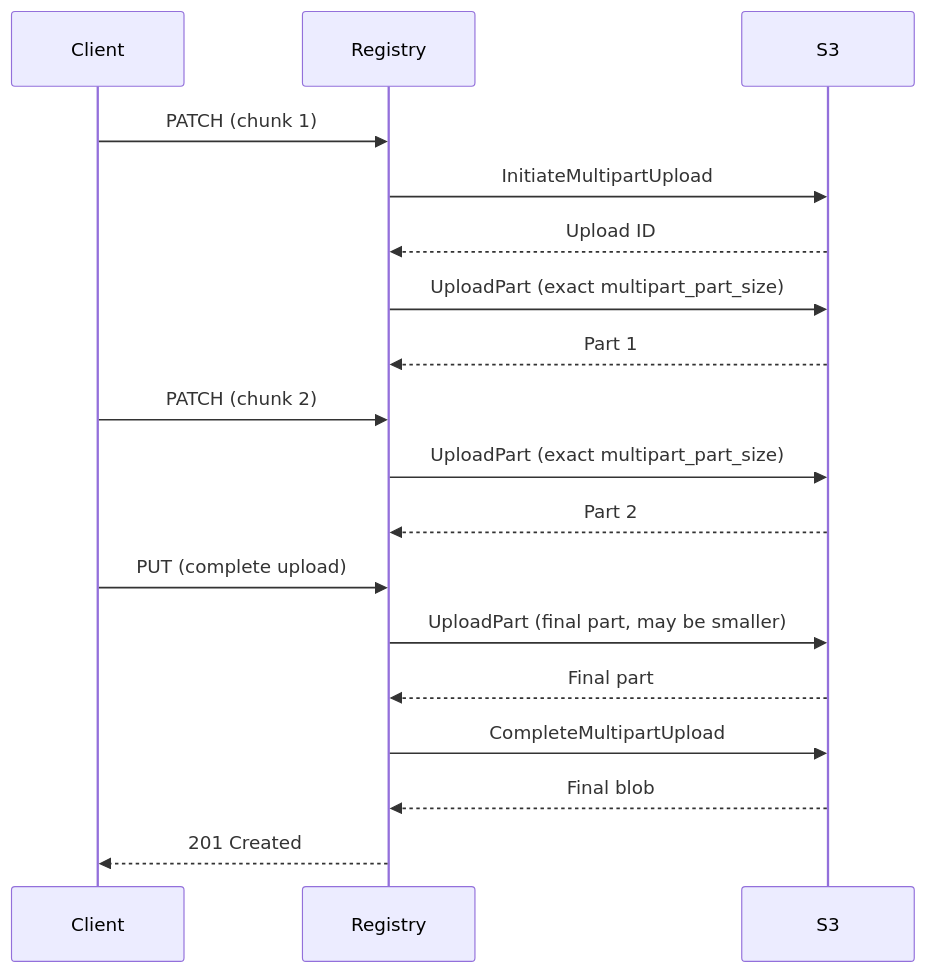
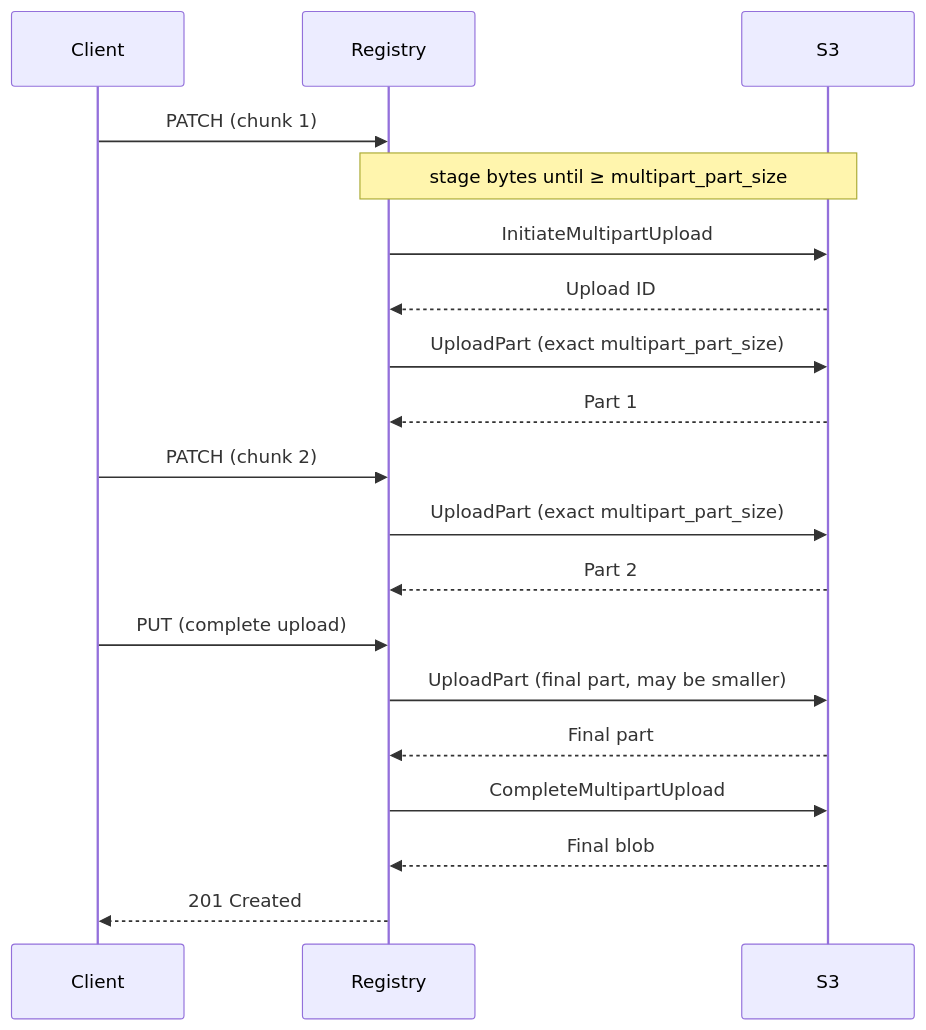
The third of 3 diagrams in doc/explanation/storage-backends.md (project-angos/angos), drawn with Mermaid before and after one commit. The commit also changed other lines of this file and 57 other files, not shown here.

````diff
--- a/doc/explanation/storage-backends.md
+++ b/doc/explanation/storage-backends.md
@@ -382,23 +382,24 @@
 ```mermaid
 sequenceDiagram
     participant Client
     participant Registry
     participant S3
 
     Client->>Registry: PATCH (chunk 1)
+    Note over Registry,S3: stage bytes until ≥ multipart_part_size
     Registry->>S3: InitiateMultipartUpload
     S3-->>Registry: Upload ID
     Registry->>S3: UploadPart (exact multipart_part_size)
     S3-->>Registry: Part 1
 
     Client->>Registry: PATCH (chunk 2)
     Registry->>S3: UploadPart (exact multipart_part_size)
     S3-->>Registry: Part 2
 
     Client->>Registry: PUT (complete upload)
     Registry->>S3: UploadPart (final part, may be smaller)
     S3-->>Registry: Final part
     Registry->>S3: CompleteMultipartUpload
     S3-->>Registry: Final blob
     Registry-->>Client: 201 Created
 ```
````
